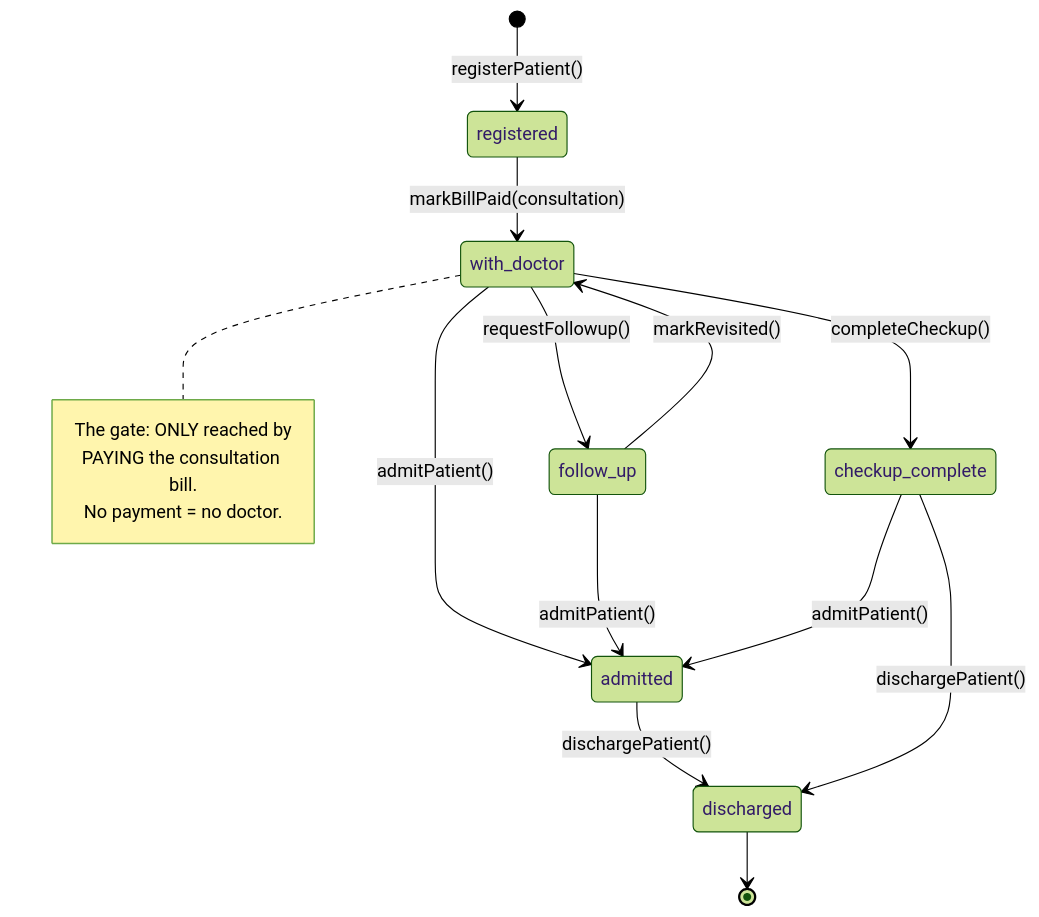
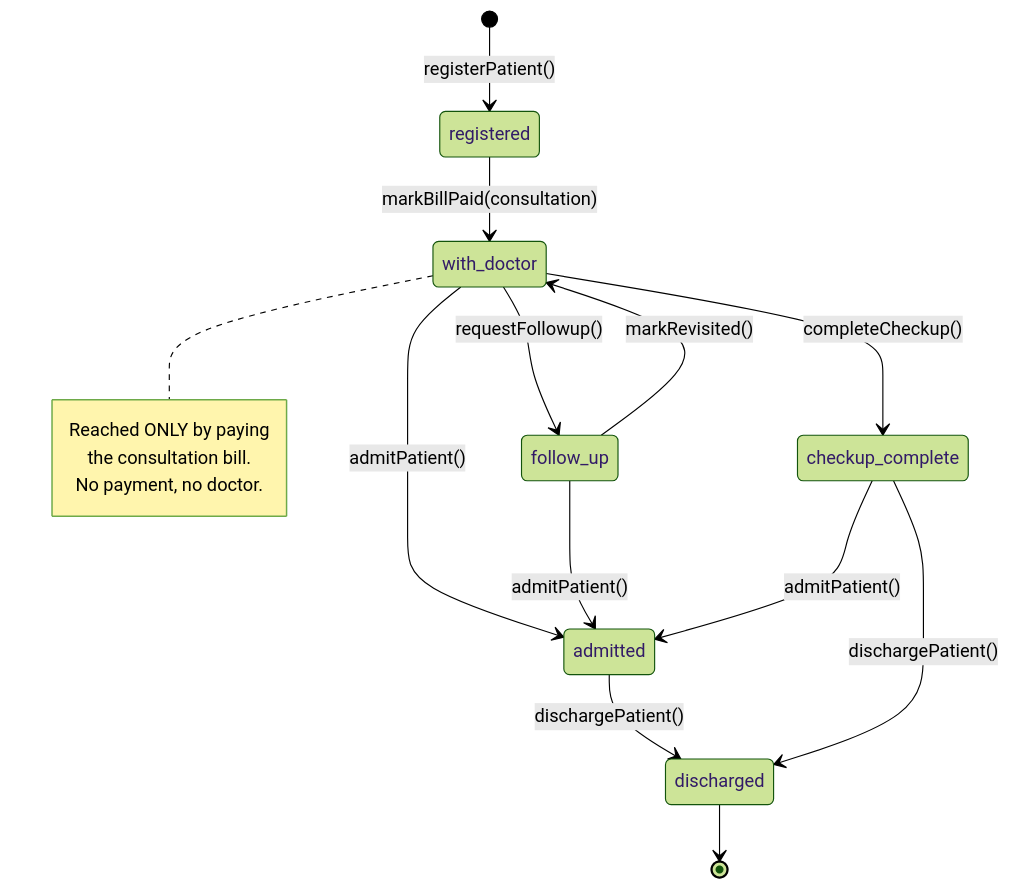
Before and after one commit to themuzzamil/Hospital-Management-System: diagram 17 of 22 in flow.md, drawn with Mermaid (forest theme). The commit also changed other lines of this file, not shown here.

````diff
--- a/flow.md
+++ b/flow.md
@@ -535,20 +548,20 @@
 ```mermaid
 stateDiagram-v2
     [*] --> registered: registerPatient()
     registered --> with_doctor: markBillPaid(consultation)
     with_doctor --> checkup_complete: completeCheckup()
     with_doctor --> follow_up: requestFollowup()
     follow_up --> with_doctor: markRevisited()
     with_doctor --> admitted: admitPatient()
     follow_up --> admitted: admitPatient()
     checkup_complete --> admitted: admitPatient()
     admitted --> discharged: dischargePatient()
     checkup_complete --> discharged: dischargePatient()
     discharged --> [*]
 
     note right of with_doctor
-        The gate: ONLY reached by
-        PAYING the consultation bill.
-        No payment = no doctor.
+        Reached ONLY by paying
+        the consultation bill.
+        No payment, no doctor.
     end note
 ```
````
